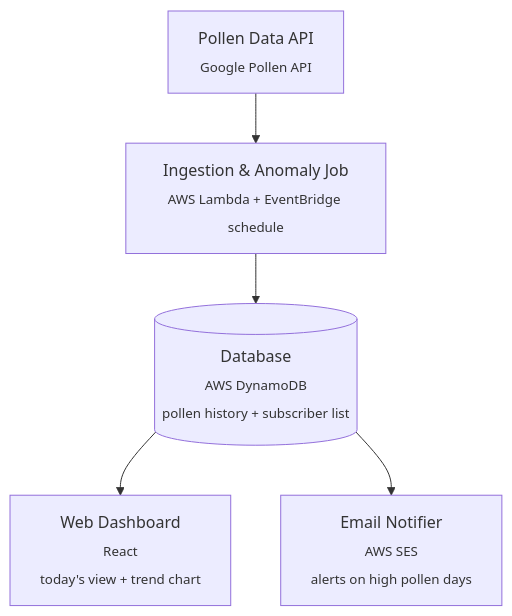
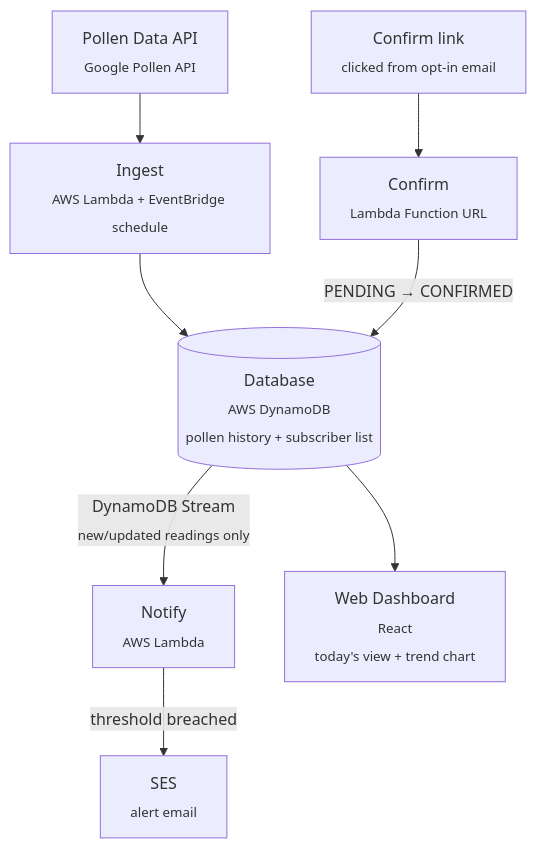
The diagram in README.MD (YoelYonata/AllergyTracker), drawn with Mermaid before and after one commit. The commit also changed other lines of this file and 18 other files, not shown here.

First line of the commit message:
feat: Implement double opt-in subscription flow with SES email notifications

````diff
--- a/README.MD
+++ b/README.MD
@@ -13,7 +17,10 @@
 ```mermaid
 flowchart TD
-    A["Pollen Data API<br/><sub>Google Pollen API</sub>"] --> B["Ingestion & Anomaly Job<br/><sub>AWS Lambda + EventBridge schedule</sub>"]
+    A["Pollen Data API<br/><sub>Google Pollen API</sub>"] --> B["Ingest<br/><sub>AWS Lambda + EventBridge schedule</sub>"]
     B --> C[("Database<br/><sub>AWS DynamoDB</sub><br/><sub>pollen history + subscriber list</sub>")]
+    C -- "DynamoDB Stream<br/><sub>new/updated readings only</sub>" --> N["Notify<br/><sub>AWS Lambda</sub>"]
+    N -- "threshold breached" --> S["SES<br/><sub>alert email</sub>"]
+    F["Confirm link<br/><sub>clicked from opt-in email</sub>"] --> G["Confirm<br/><sub>Lambda Function URL</sub>"]
+    G -- "PENDING &rarr; CONFIRMED" --> C
     C --> D["Web Dashboard<br/><sub>React</sub><br/><sub>today's view + trend chart</sub>"]
-    C --> E["Email Notifier<br/><sub>AWS SES</sub><br/><sub>alerts on high pollen days</sub>"]
 ```
````
